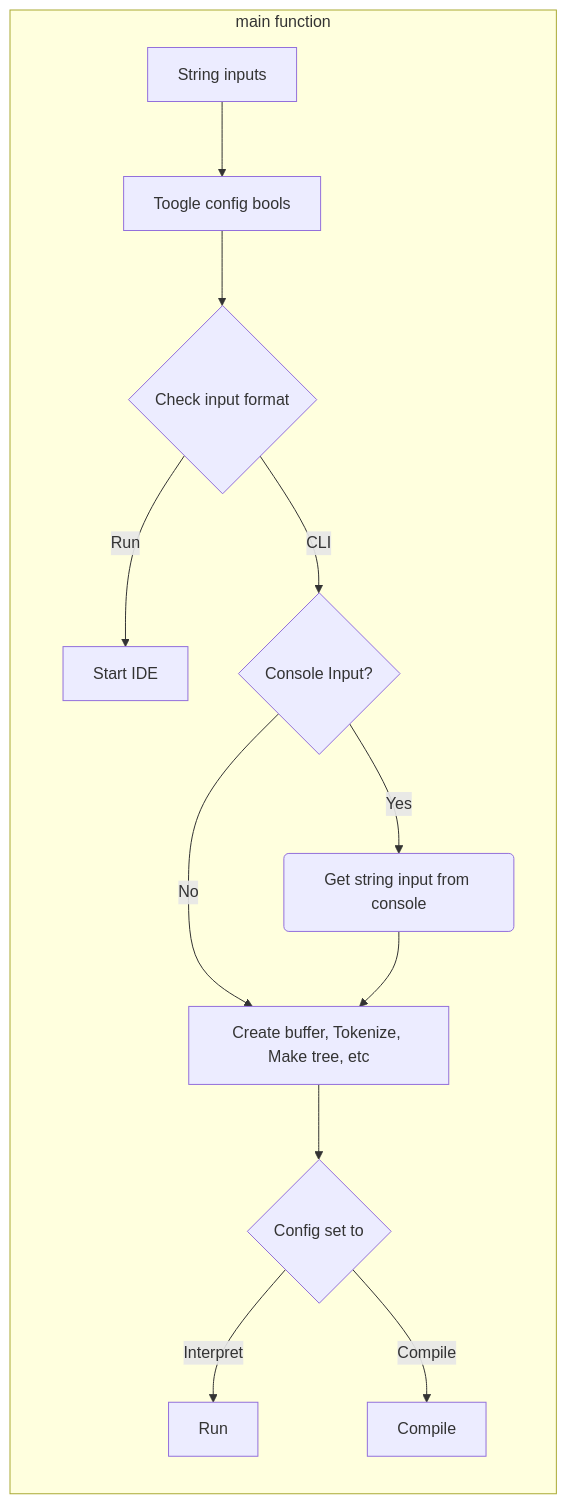
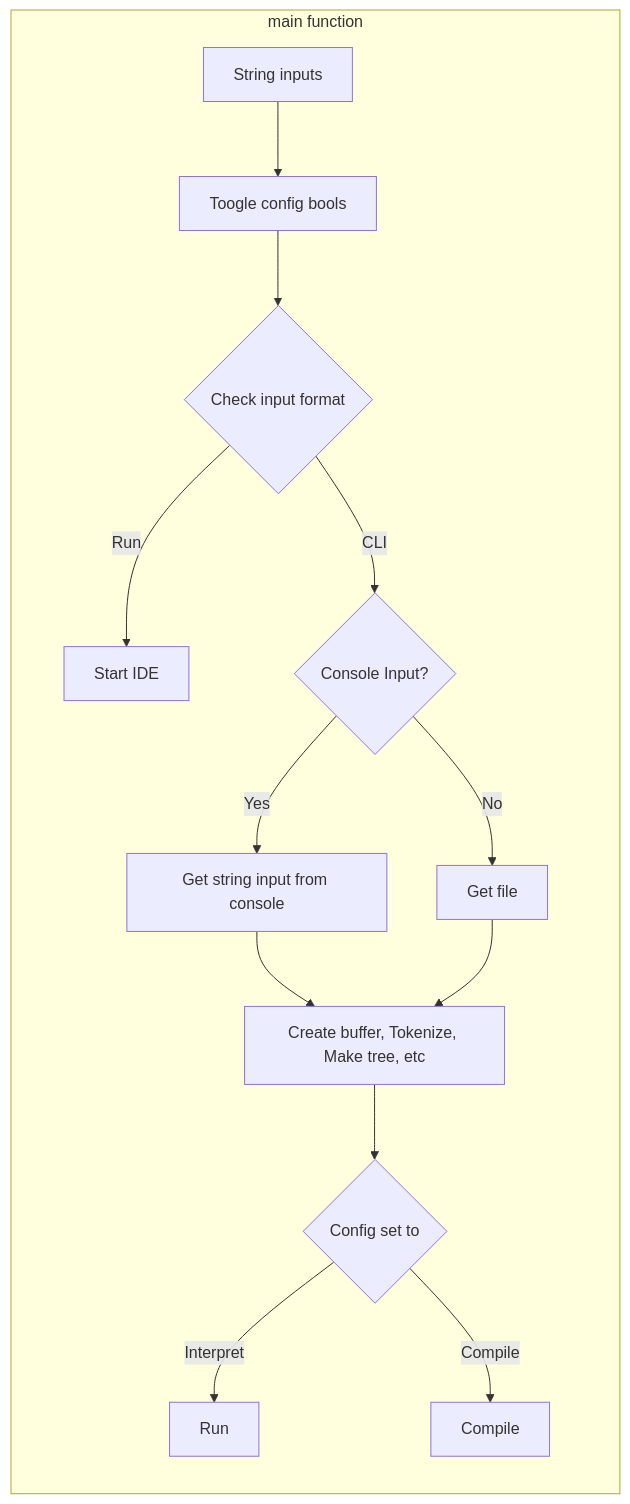
Before and after one commit to Jzhyang1/Monomer: the sixth of 6 diagrams in Implementation.md, drawn with Mermaid. The commit also changed other lines of this file, not shown here.

````diff
--- a/Implementation.md
+++ b/Implementation.md
@@ -229,15 +229,16 @@
 ```mermaid
 graph LR
 subgraph sg1["main function"]
 	A[String inputs] --> B[Toogle config bools]
 	B --> C{Check input format}
 	C -- Run --> H[Start IDE]
 	C -- CLI --> D{Console Input?}
-	D -- Yes --> E(Get string input from console)
-	D -- No --> I[Create buffer, Tokenize, Make tree, etc]
-	E --> I
+	D -- Yes --> E[Get string input from console]
+	D -- No --> F[Get file]
+	E --> I[Create buffer, Tokenize, Make tree, etc]
+	F --> I
 	I --> J{Config set to}
 	J -- Interpret --> K[Run]
 	J -- Compile --> L[Compile]
 end
 ```
````
